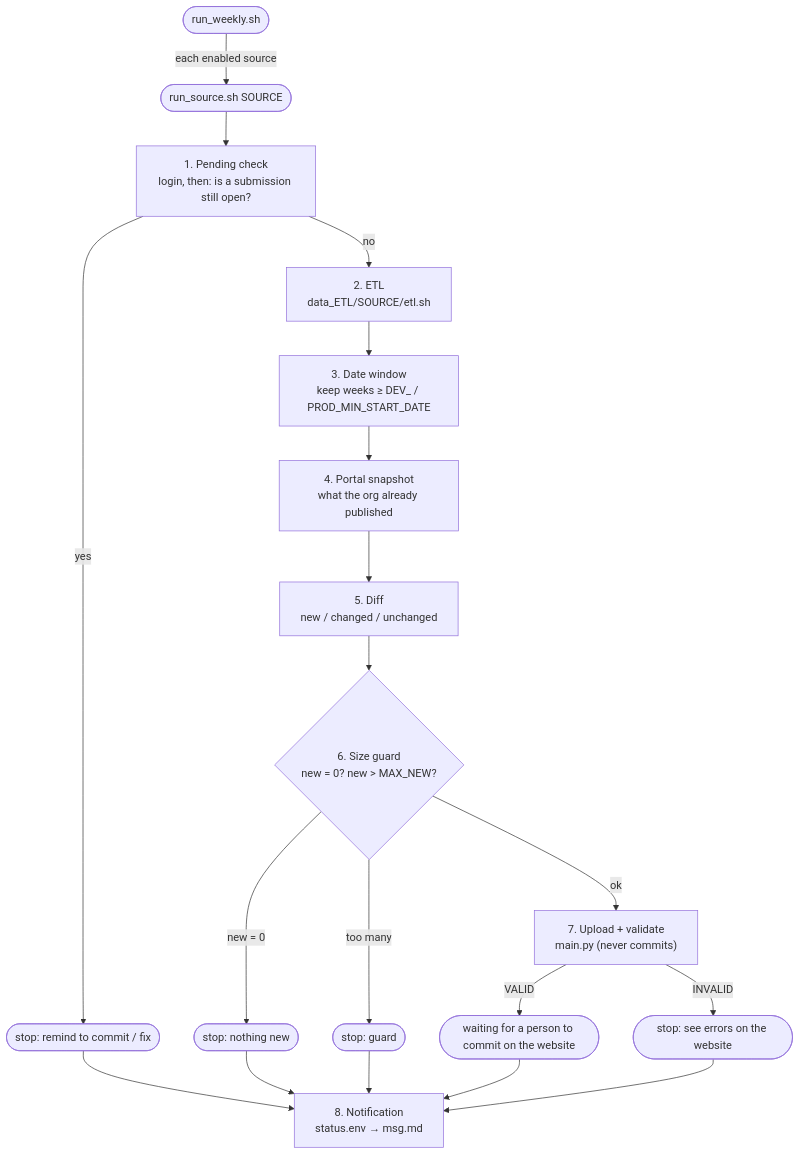
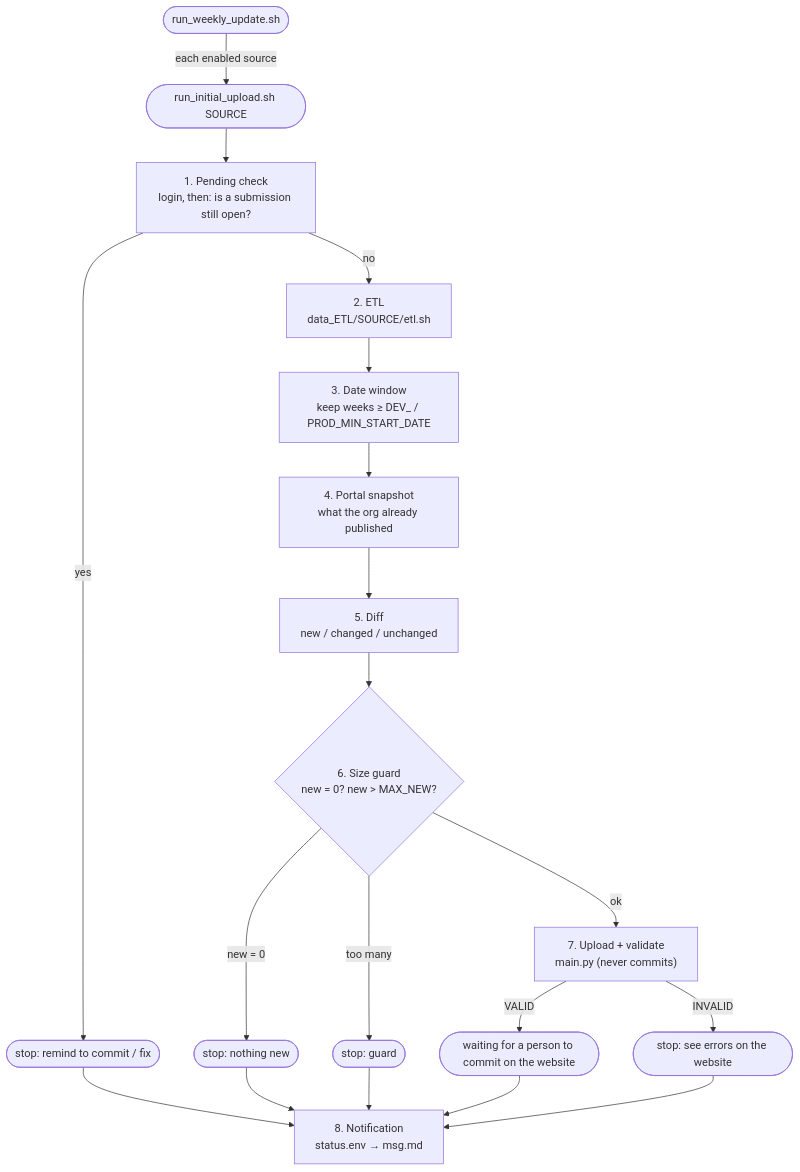
One commit to bfjia/iMicroSeqDataPorta_DataIngestion changed the diagram in docs/how_a_run_works.md. Above: the diagram before and after it, drawn with Mermaid. The commit also changed other lines of this file and 20 other files, not shown here.

First line of the commit message:
--chunk for first loads; rename to run_initial_upload.sh / run_weekly_update.sh

````diff
--- a/docs/how_a_run_works.md
+++ b/docs/how_a_run_works.md
@@ -10,17 +10,17 @@
 ```mermaid
 flowchart TD
-    W([run_weekly.sh]) -->|each enabled source| S([run_source.sh SOURCE])
+    W([run_weekly_update.sh]) -->|each enabled source| S([run_initial_upload.sh SOURCE])
     S --> P1["1. Pending check<br/>login, then: is a submission still open?"]
     P1 -->|"yes"| STOPW([stop: remind to commit / fix])
     P1 -->|"no"| P2["2. ETL<br/>data_ETL/SOURCE/etl.sh"]
     P2 --> P3["3. Date window<br/>keep weeks ≥ DEV_ / PROD_MIN_START_DATE"]
     P3 --> P4["4. Portal snapshot<br/>what the org already published"]
     P4 --> P5["5. Diff<br/>new / changed / unchanged"]
     P5 --> P6{"6. Size guard<br/>new = 0? new > MAX_NEW?"}
     P6 -->|"new = 0"| STOPN([stop: nothing new])
     P6 -->|"too many"| STOPG([stop: guard])
     P6 -->|"ok"| P7["7. Upload + validate<br/>main.py (never commits)"]
     P7 -->|VALID| REV([waiting for a person to commit on the website])
     P7 -->|INVALID| INV([stop: see errors on the website])
     STOPW & STOPN & STOPG & REV & INV --> N["8. Notification<br/>status.env → msg.md"]
 ```
````
